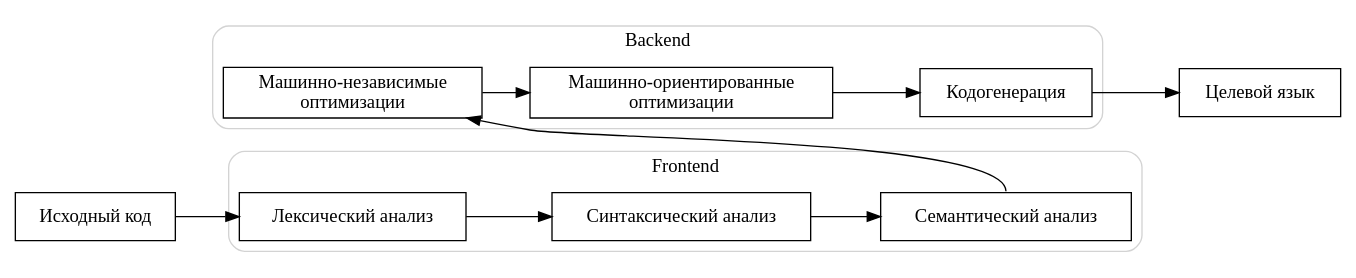
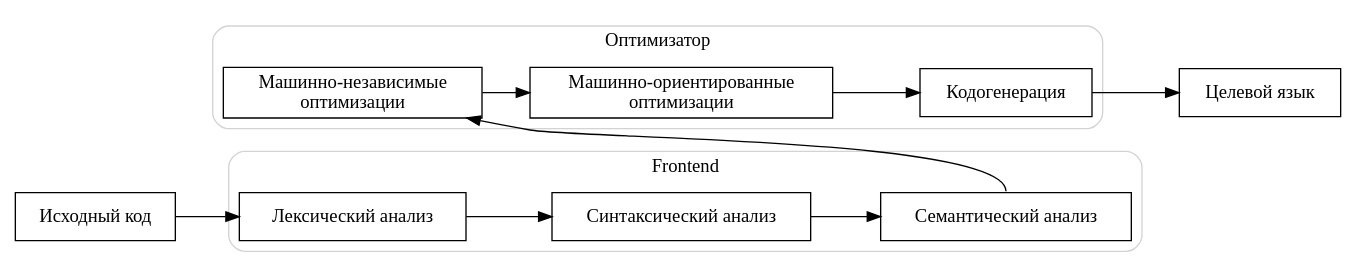
One commit to wwshjts/bachelor-thesis changed the diagram in images/src/pipeline.gv. Above: the diagram before and after it, drawn with Graphviz. The commit also changed 3 other files, not shown here.

```diff
--- a/images/src/pipeline.gv
+++ b/images/src/pipeline.gv
@@ -1,42 +1,42 @@
 digraph CompilerPipeline {
     fontname="Times New Roman"
 
     rankdir=LR;
     newrank=true;
     node [shape=box];
 
     subgraph cluster_backend {
-      label="Backend"
+      label="Оптимизатор"
       color=lightgrey;
       style=rounded;
 
       MLIR [label="Машинно-независимые \n оптимизации"];
       LLIR [label="Машинно-ориентированные \n оптимизации"];
       Codegen [label="Кодогенерация"];
 
       MLIR -> LLIR -> Codegen;
     }
 
     subgraph cluster_frontend {
         label="Frontend";
         color=lightgrey;
         style=rounded;
 
         Lexer [label="Лексический анализ"];
         Parser [label="Синтаксический анализ"];
         Semantic [label="Семантический анализ"];
 
 
         Lexer -> Parser -> Semantic;
     }
 
     SourceCode [label="Исходный код"];
     Executable [label="Целевой язык"];
 
     SourceCode -> Lexer;
     Codegen -> Executable;
 
     Semantic:n -> MLIR[constraint=false];
 
     {rank = same; MLIR Lexer} 
 }
```
